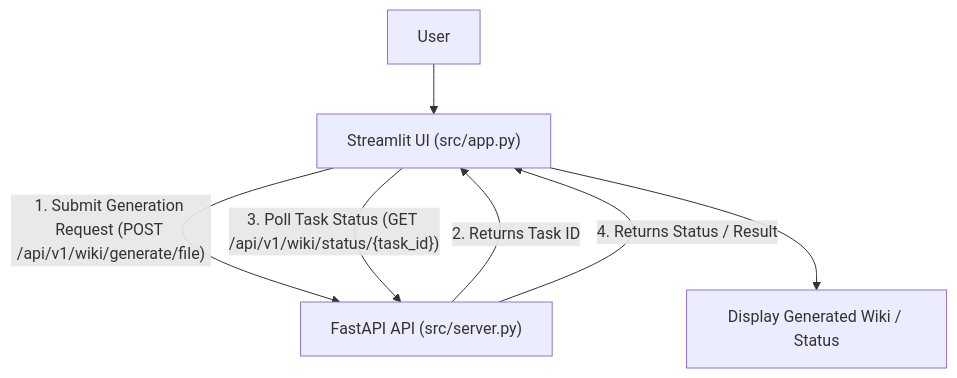
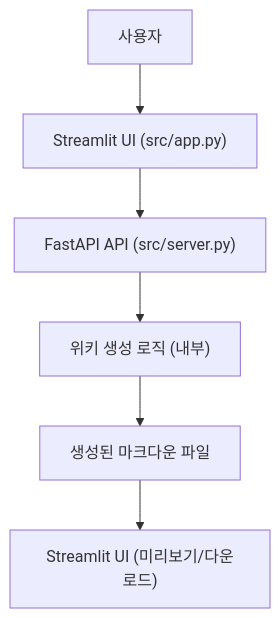
Before and after one commit to catuscio/wiki-as-readme: the eighth of 23 diagrams in examples/wiki_as_README.md, drawn with Mermaid. The commit also changed other lines of this file, not shown here.

Commit message:
✨📚 Update examples/wiki_as_README.md via Wiki-As-Readme Action (ko)

````diff
--- a/examples/wiki_as_README.md
+++ b/examples/wiki_as_README.md
@@ -1161,9 +1067,8 @@
 ```mermaid
 graph TD
-    A["User"] --> B["Streamlit UI (src/app.py)"];
-    B -- "1. Submit Generation Request (POST /api/v1/wiki/generate/file)" --> C["FastAPI API (src/server.py)"];
-    C -- "2. Returns Task ID" --> B;
-    B -- "3. Poll Task Status (GET /api/v1/wiki/status/{task_id})" --> C;
-    C -- "4. Returns Status / Result" --> B;
-    B --> D["Display Generated Wiki / Status"];
+    User["사용자"] --> StreamlitUI["Streamlit UI (src/app.py)"]
+    StreamlitUI --> FastAPI_API["FastAPI API (src/server.py)"]
+    FastAPI_API --> WikiGenerationLogic["위키 생성 로직 (내부)"]
+    WikiGenerationLogic --> OutputFile["생성된 마크다운 파일"]
+    OutputFile --> StreamlitUI_Preview["Streamlit UI (미리보기/다운로드)"]
 ```
````
